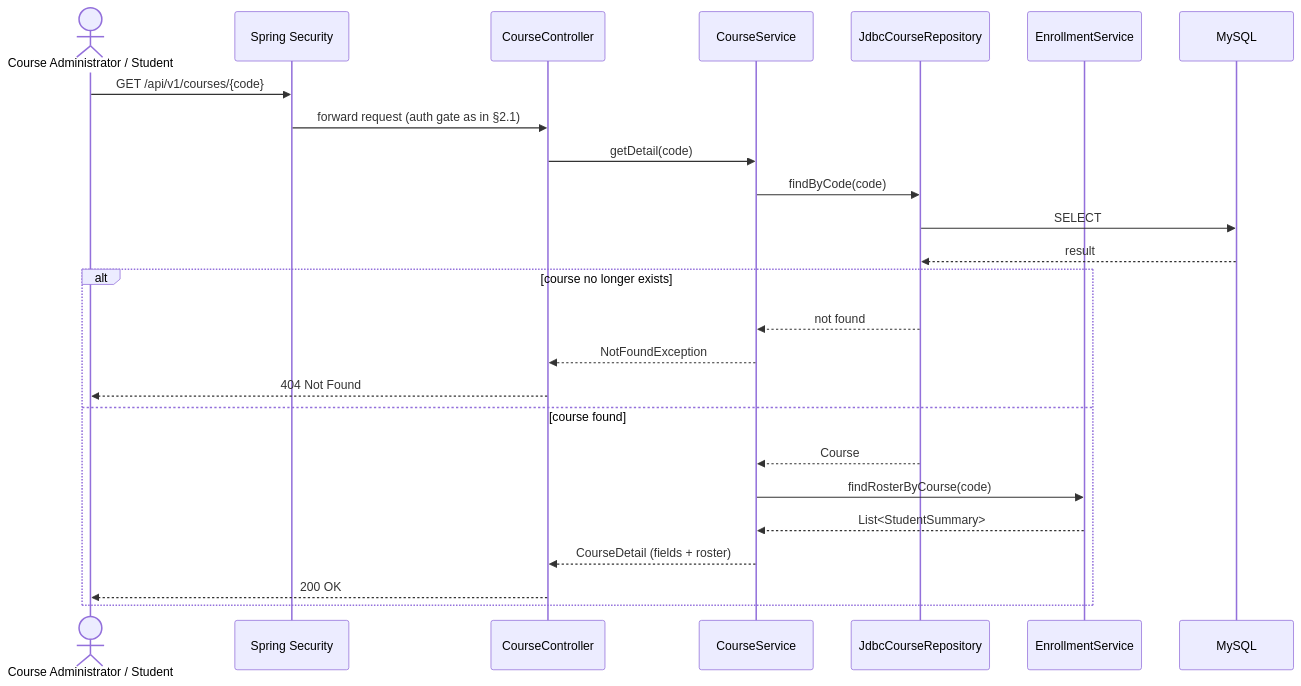
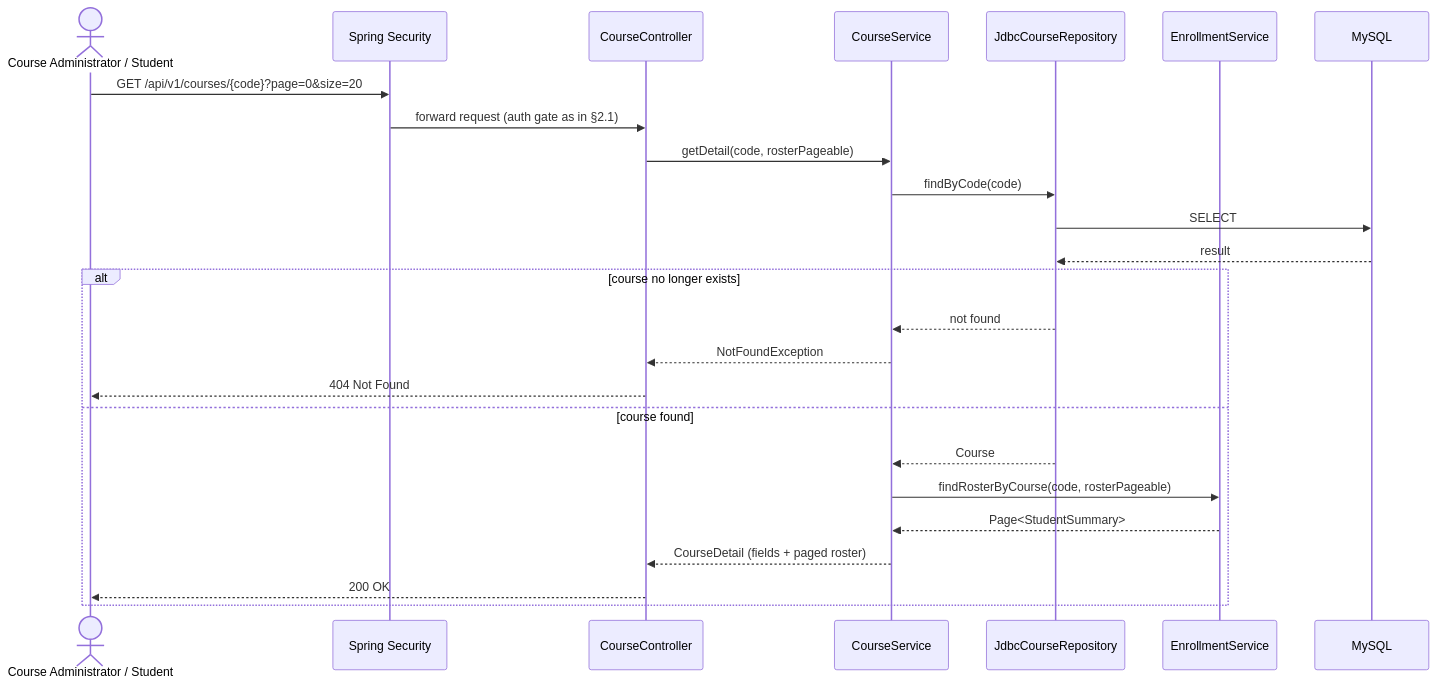
Diagram 16 of 22 in docs/SA-docs/03-sequence-diagrams.md (phuchoang2005/Student-Management-System), drawn with Mermaid before and after one commit. The commit also changed other lines of this file and 20 other files, not shown here.

````diff
--- a/docs/SA-docs/03-sequence-diagrams.md
+++ b/docs/SA-docs/03-sequence-diagrams.md
@@ -604,28 +604,28 @@
 ```mermaid
 sequenceDiagram
     actor Caller as Course Administrator / Student
     participant Sec as Spring Security
     participant Ctrl as CourseController
     participant Svc as CourseService
     participant Repo as JdbcCourseRepository
     participant EnrollSvc as EnrollmentService
     participant DB as MySQL
 
-    Caller->>Sec: GET /api/v1/courses/{code}
+    Caller->>Sec: GET /api/v1/courses/{code}?page=0&size=20
     Sec->>Ctrl: forward request (auth gate as in §2.1)
-    Ctrl->>Svc: getDetail(code)
+    Ctrl->>Svc: getDetail(code, rosterPageable)
     Svc->>Repo: findByCode(code)
     Repo->>DB: SELECT
     DB-->>Repo: result
     alt course no longer exists
         Repo-->>Svc: not found
         Svc-->>Ctrl: NotFoundException
         Ctrl-->>Caller: 404 Not Found
     else course found
         Repo-->>Svc: Course
-        Svc->>EnrollSvc: findRosterByCourse(code)
-        EnrollSvc-->>Svc: List<StudentSummary>
-        Svc-->>Ctrl: CourseDetail (fields + roster)
+        Svc->>EnrollSvc: findRosterByCourse(code, rosterPageable)
+        EnrollSvc-->>Svc: Page<StudentSummary>
+        Svc-->>Ctrl: CourseDetail (fields + paged roster)
         Ctrl-->>Caller: 200 OK
     end
 ```
````
